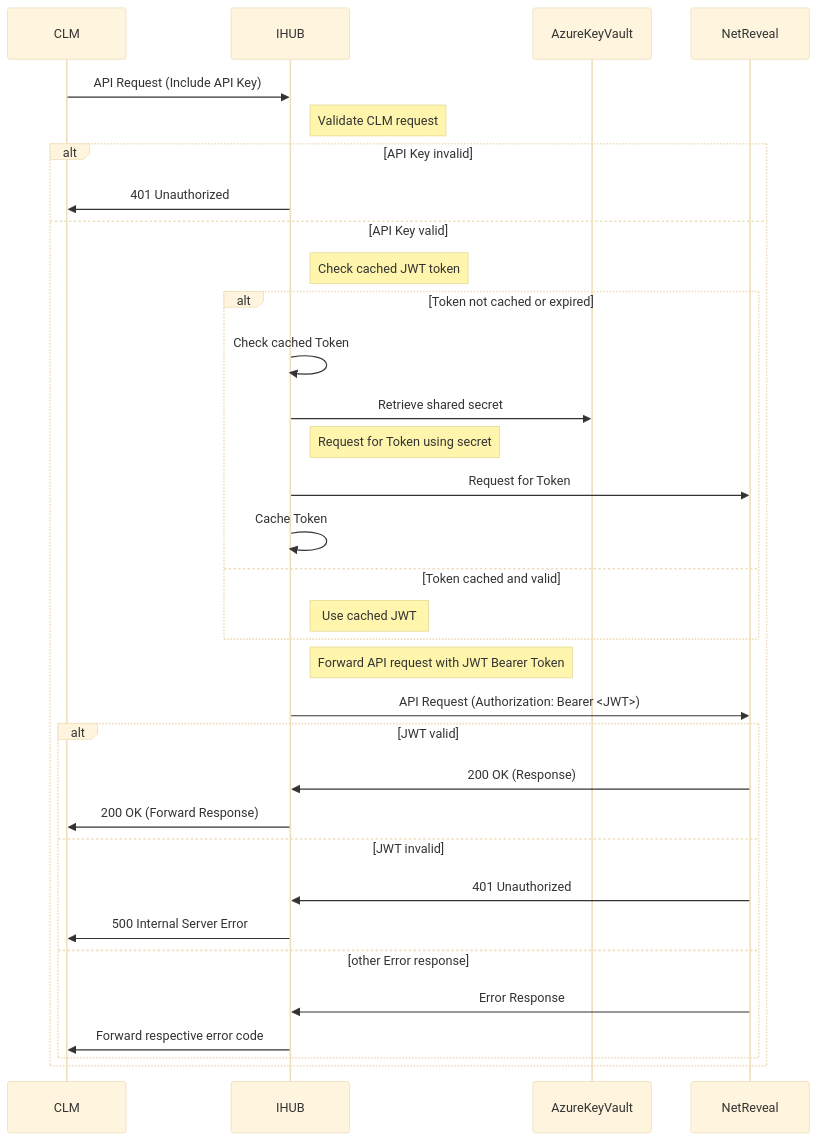
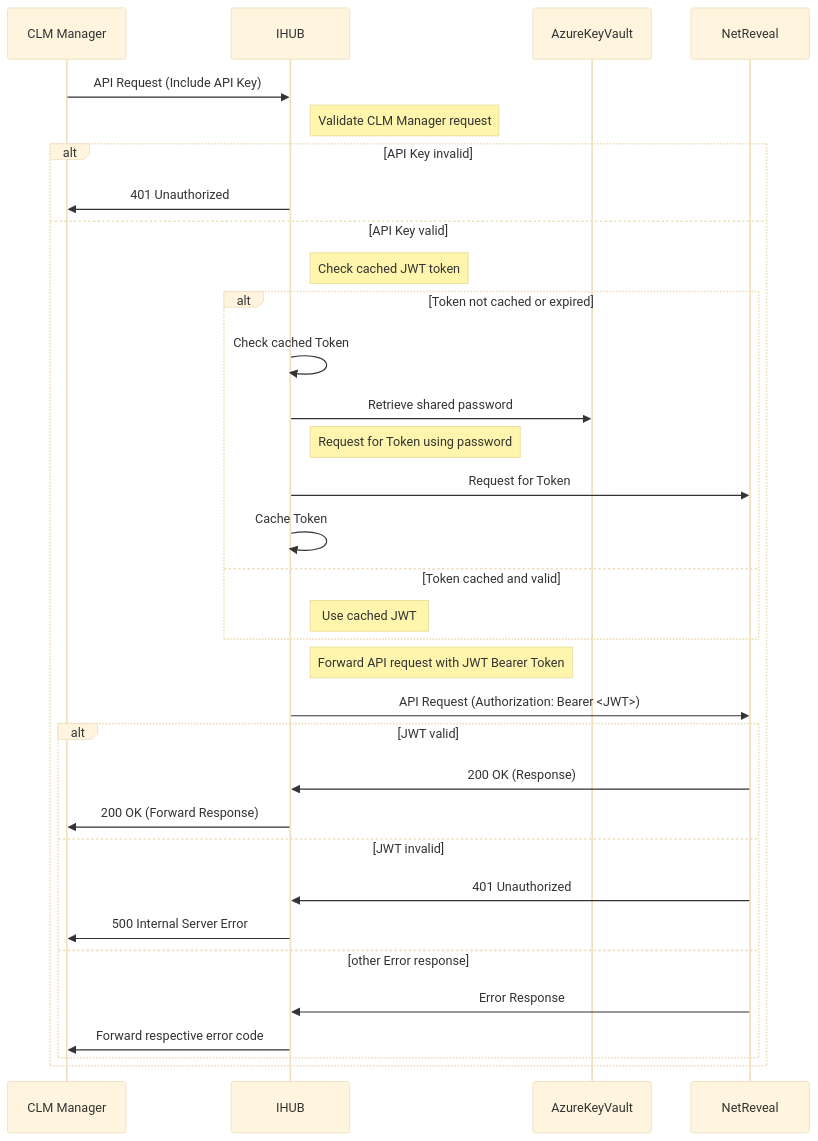
Before and after one commit to jojokoshy/Architecture_Diagrams_Python_AI: the diagram in Arch_Diagrams/v2/NeRevealAPIAuthflow.mmd, drawn with Mermaid (base theme). The commit also changed 1 other file, not shown here.

Commit message:
Changed text to password

```diff
--- a/Arch_Diagrams/v2/NeRevealAPIAuthflow.mmd
+++ b/Arch_Diagrams/v2/NeRevealAPIAuthflow.mmd
@@ -1,39 +1,39 @@
 sequenceDiagram
          
 
-participant CLM 
+participant CLM Manager
 participant IHUB 
 participant AzureKeyVault 
 participant NetReveal 
 
-CLM->>IHUB: API Request (Include API Key) 
-note right of IHUB: Validate CLM request 
+CLM Manager->>IHUB: API Request (Include API Key) 
+note right of IHUB: Validate CLM Manager request 
 
 alt API Key invalid 
-    IHUB->>CLM: 401 Unauthorized 
+    IHUB->>CLM Manager: 401 Unauthorized 
 else API Key valid 
     note right of IHUB: Check cached JWT token 
     alt Token not cached or expired 
         IHUB->>IHUB: Check cached Token
-        IHUB->>AzureKeyVault: Retrieve shared secret 
-        note right of IHUB: Request for Token using secret 
+        IHUB->>AzureKeyVault: Retrieve shared password 
+        note right of IHUB: Request for Token using password 
         IHUB->>NetReveal: Request for Token
         IHUB->>IHUB: Cache Token 
     else Token cached and valid 
         note right of IHUB: Use cached JWT 
     end 
 
     note right of IHUB: Forward API request with JWT Bearer Token 
     IHUB->>NetReveal: API Request (Authorization: Bearer <JWT>) 
 
     alt JWT valid 
         NetReveal->>IHUB: 200 OK (Response) 
-        IHUB->>CLM: 200 OK (Forward Response) 
+        IHUB->>CLM Manager: 200 OK (Forward Response) 
     else JWT invalid 
         NetReveal->>IHUB: 401 Unauthorized 
-        IHUB->>CLM: 500 Internal Server Error 
+        IHUB->>CLM Manager: 500 Internal Server Error 
     else other Error response  
         NetReveal->>IHUB: Error Response 
-        IHUB->>CLM: Forward respective error code 
+        IHUB->>CLM Manager: Forward respective error code 
     end 
 end
```
